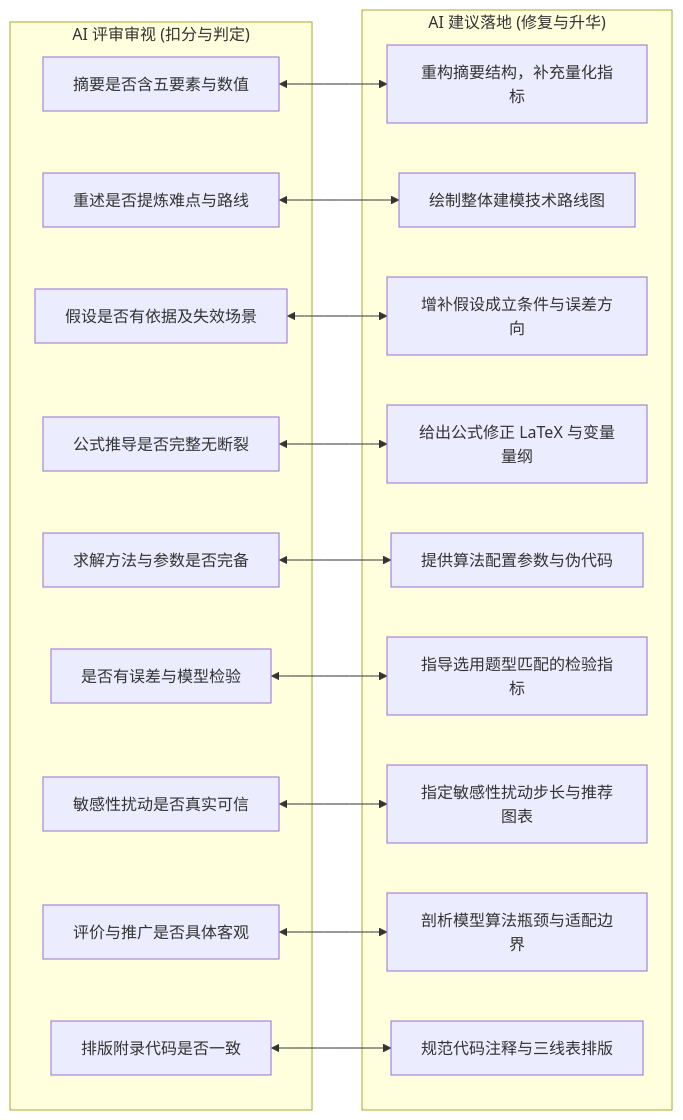
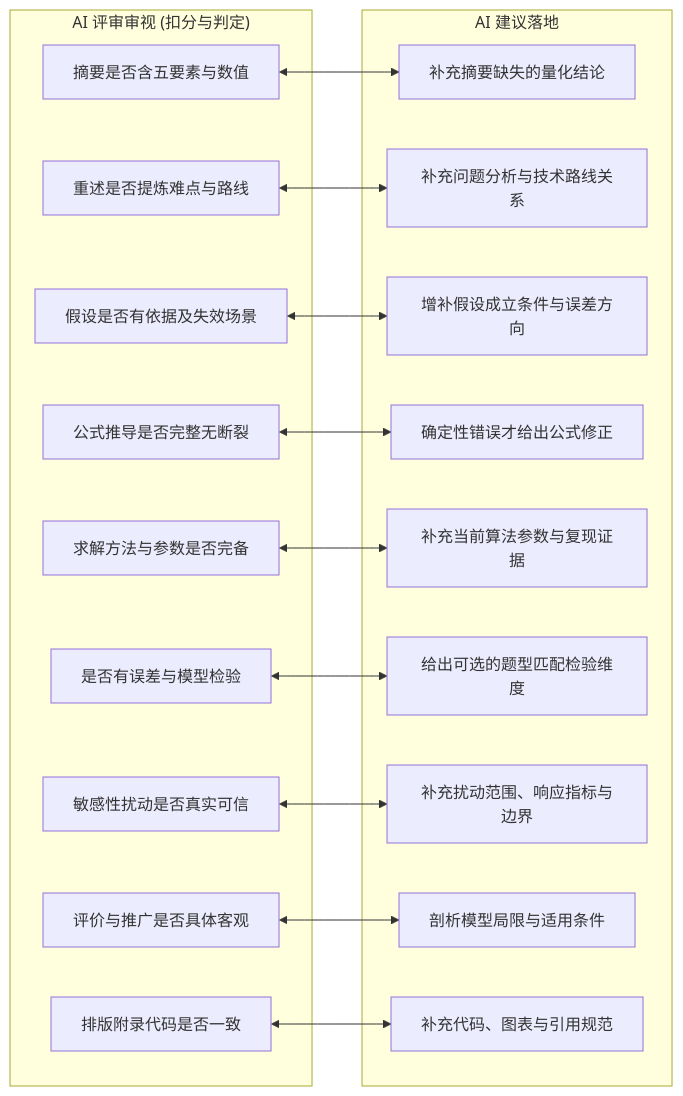
Before and after one commit to Dorian7Alden/LeetModel: the second of 2 diagrams in docs/project/03-微服务设计/数模专家评委认知框架与双向提示词设计规范.md, drawn with Mermaid. The commit also changed other lines of this file and 26 other files, not shown here.

````diff
--- a/docs/project/03-微服务设计/数模专家评委认知框架与双向提示词设计规范.md
+++ b/docs/project/03-微服务设计/数模专家评委认知框架与双向提示词设计规范.md
@@ -84,36 +87,36 @@
 ```mermaid
 flowchart LR
     subgraph ReviewFocus["AI 评审审视 (扣分与判定)"]
         R1["摘要是否含五要素与数值"]
         R2["重述是否提炼难点与路线"]
         R3["假设是否有依据及失效场景"]
         R4["公式推导是否完整无断裂"]
         R5["求解方法与参数是否完备"]
         R6["是否有误差与模型检验"]
         R7["敏感性扰动是否真实可信"]
         R8["评价与推广是否具体客观"]
         R9["排版附录代码是否一致"]
     end
 
-    subgraph SuggestionAction["AI 建议落地 (修复与升华)"]
-        S1["重构摘要结构，补充量化指标"]
-        S2["绘制整体建模技术路线图"]
+    subgraph SuggestionAction["AI 建议落地"]
+        S1["补充摘要缺失的量化结论"]
+        S2["补充问题分析与技术路线关系"]
         S3["增补假设成立条件与误差方向"]
-        S4["给出公式修正 LaTeX 与变量量纲"]
-        S5["提供算法配置参数与伪代码"]
-        S6["指导选用题型匹配的检验指标"]
-        S7["指定敏感性扰动步长与推荐图表"]
-        S8["剖析模型算法瓶颈与适配边界"]
-        S9["规范代码注释与三线表排版"]
+        S4["确定性错误才给出公式修正"]
+        S5["补充当前算法参数与复现证据"]
+        S6["给出可选的题型匹配检验维度"]
+        S7["补充扰动范围、响应指标与边界"]
+        S8["剖析模型局限与适用条件"]
+        S9["补充代码、图表与引用规范"]
     end
 
     R1 <--> S1
     R2 <--> S2
     R3 <--> S3
     R4 <--> S4
     R5 <--> S5
     R6 <--> S6
     R7 <--> S7
     R8 <--> S8
     R9 <--> S9
 ```
````
